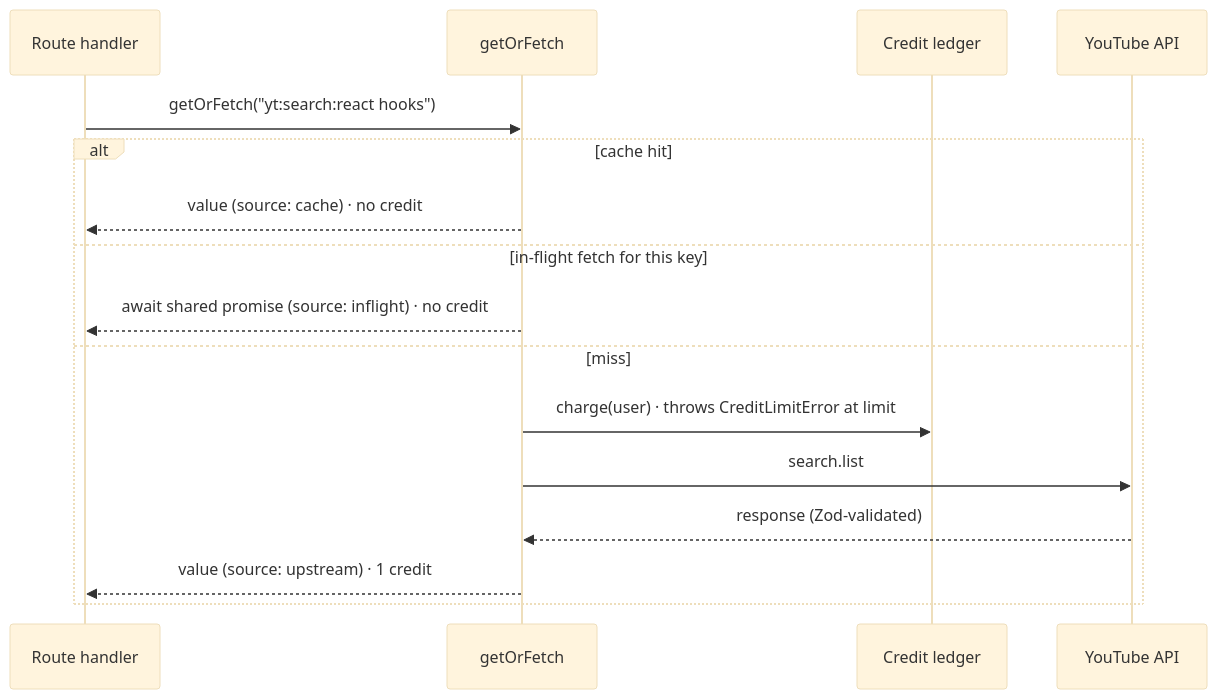
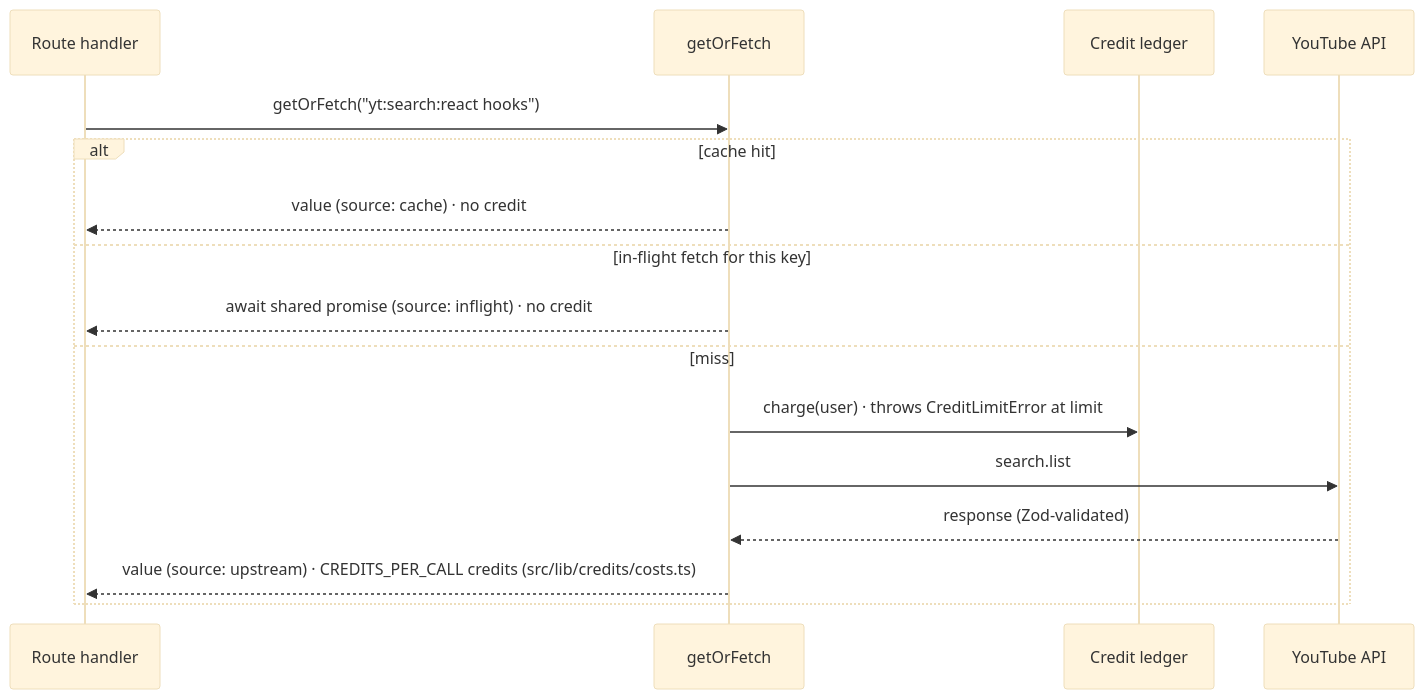
The diagram in README.md (JahanzaibImran/video-search-cache), drawn with Mermaid (base theme) before and after one commit. The commit also changed other lines of this file and 18 other files, not shown here.

First line of the commit message:
fix live credit-price edits being ignored; make costs.ts the single source of truth

````diff
--- a/README.md
+++ b/README.md
@@ -26,18 +26,18 @@
 ```mermaid
 sequenceDiagram
     participant R as Route handler
     participant C as getOrFetch
     participant L as Credit ledger
     participant Y as YouTube API
     R->>C: getOrFetch("yt:search:react hooks")
     alt cache hit
         C-->>R: value (source: cache) · no credit
     else in-flight fetch for this key
         C-->>R: await shared promise (source: inflight) · no credit
     else miss
         C->>L: charge(user) · throws CreditLimitError at limit
         C->>Y: search.list
         Y-->>C: response (Zod-validated)
-        C-->>R: value (source: upstream) · 1 credit
+        C-->>R: value (source: upstream) · CREDITS_PER_CALL credits (src/lib/credits/costs.ts)
     end
 ```
````
